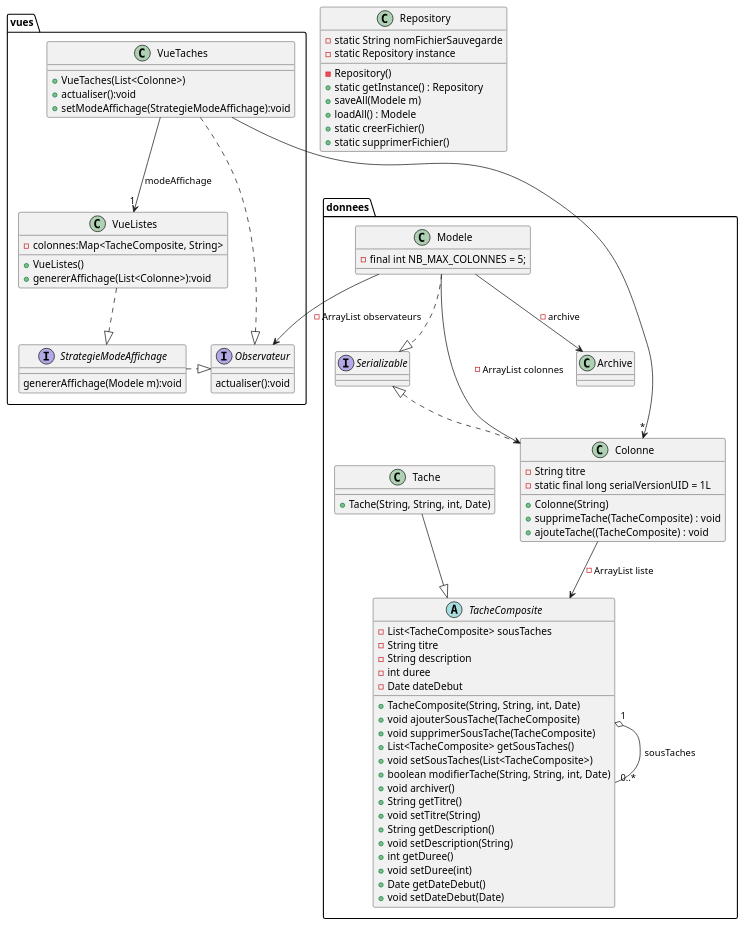
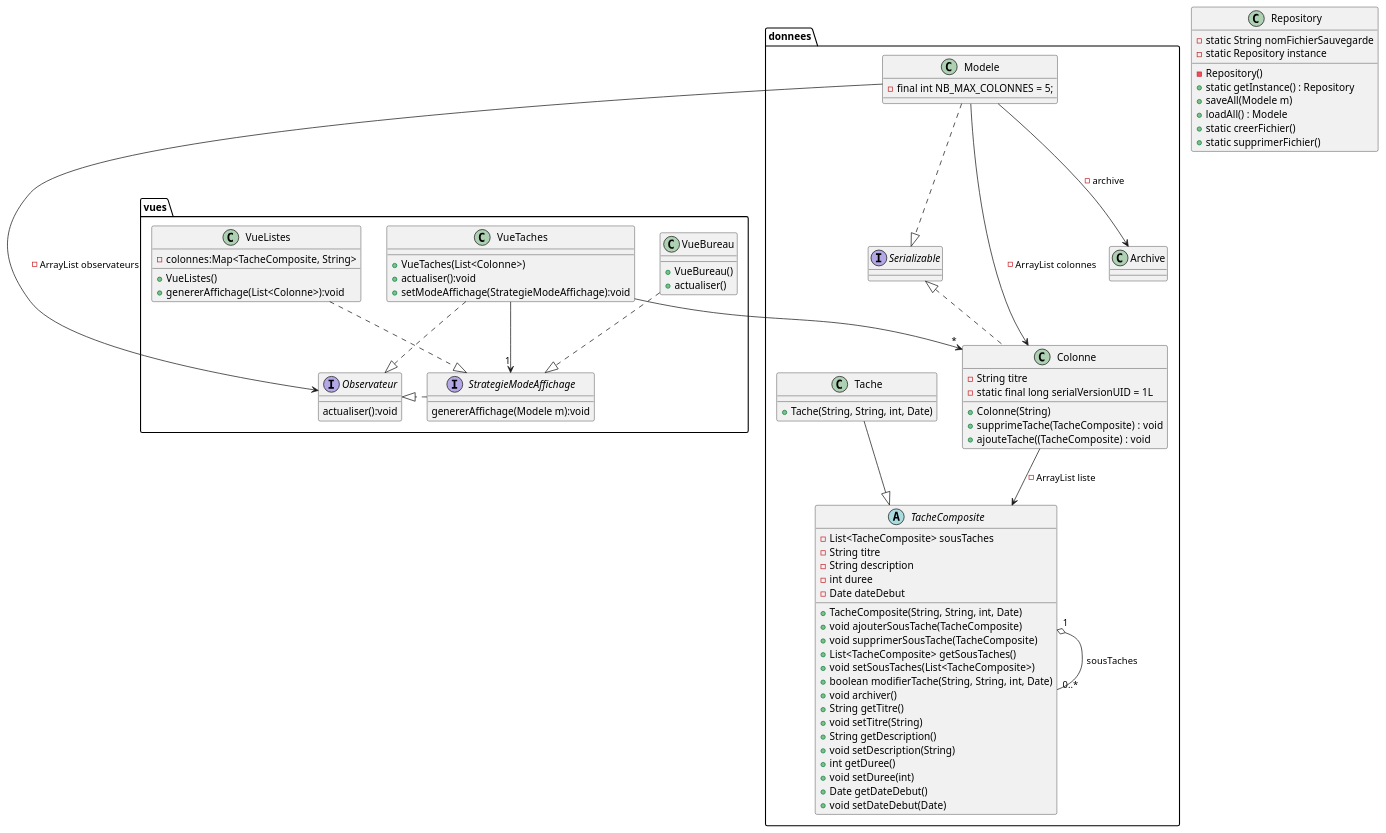
Before and after one commit to AlexanderCARNET/SAE_3_01_dev_application: the diagram in Ollert_QDEV/diagrammes/iteration2/DiagrammClasses.puml, drawn with PlantUML.

Commit message:
[UPDATE] modif du diagramme de classes

```diff
--- a/Ollert_QDEV/diagrammes/iteration2/DiagrammClasses.puml
+++ b/Ollert_QDEV/diagrammes/iteration2/DiagrammClasses.puml
@@ -1,101 +1,109 @@
 @startuml
 
 package donnees {
 
     class Modele {
             - final int NB_MAX_COLONNES = 5;
         }
         Modele ..|> Serializable
         Modele --> Colonne : - ArrayList colonnes
 
         Modele --> Archive : - archive
 
     abstract class TacheComposite {
         - List<TacheComposite> sousTaches
         - String titre
         - String description
         - int duree
         - Date dateDebut
 
         + TacheComposite(String, String, int, Date)
         + void ajouterSousTache(TacheComposite)
         + void supprimerSousTache(TacheComposite)
         + List<TacheComposite> getSousTaches()
         + void setSousTaches(List<TacheComposite>)
         + boolean modifierTache(String, String, int, Date)
         + void archiver()
         + String getTitre()
         + void setTitre(String)
         + String getDescription()
         + void setDescription(String)
         + int getDuree()
         + void setDuree(int)
         + Date getDateDebut()
         + void setDateDebut(Date)
     }
 
     class Tache {
         + Tache(String, String, int, Date)
     }
 
     Tache --|> TacheComposite
 
     TacheComposite "1" o-- "0..*" TacheComposite : sousTaches
 
     interface Serializable
     class Colonne {
     - String titre
     - static final long serialVersionUID = 1L
     + Colonne(String)
     + supprimeTache(TacheComposite) : void
     + ajouteTache((TacheComposite) : void
 
     }
     Colonne --> TacheComposite : - ArrayList liste
     Colonne .u.|> Serializable
 }
 
 class Repository{
     - static String nomFichierSauvegarde
     - static Repository instance
     - Repository()
     + static getInstance() : Repository
     + saveAll(Modele m)
     + loadAll() : Modele
     + static creerFichier()
     + static supprimerFichier()
 }
 
+
+
 package vues{
     interface StrategieModeAffichage{
         genererAffichage(Modele m):void
     }
 
     interface Observateur{
         actualiser():void
     }
 
     class VueListes{
         - colonnes:Map<TacheComposite, String>
 
         + VueListes()
         + genererAffichage(List<Colonne>):void
     }
 
+    class VueBureau{
+        + VueBureau()
+        +actualiser()
+    }
+
     class VueTaches{
         + VueTaches(List<Colonne>)
         + actualiser():void
         + setModeAffichage(StrategieModeAffichage):void
     }
 }
 
 VueListes ..|> StrategieModeAffichage
+VueBureau ..|> StrategieModeAffichage
 VueTaches ..|> Observateur
 
-VueTaches --> "1" VueListes:modeAffichage
+VueTaches --> "1" StrategieModeAffichage
 VueTaches --> "*" Colonne
 Modele --> Observateur : - ArrayList observateurs
 StrategieModeAffichage .|> Observateur
 
 
 @enduml
```
